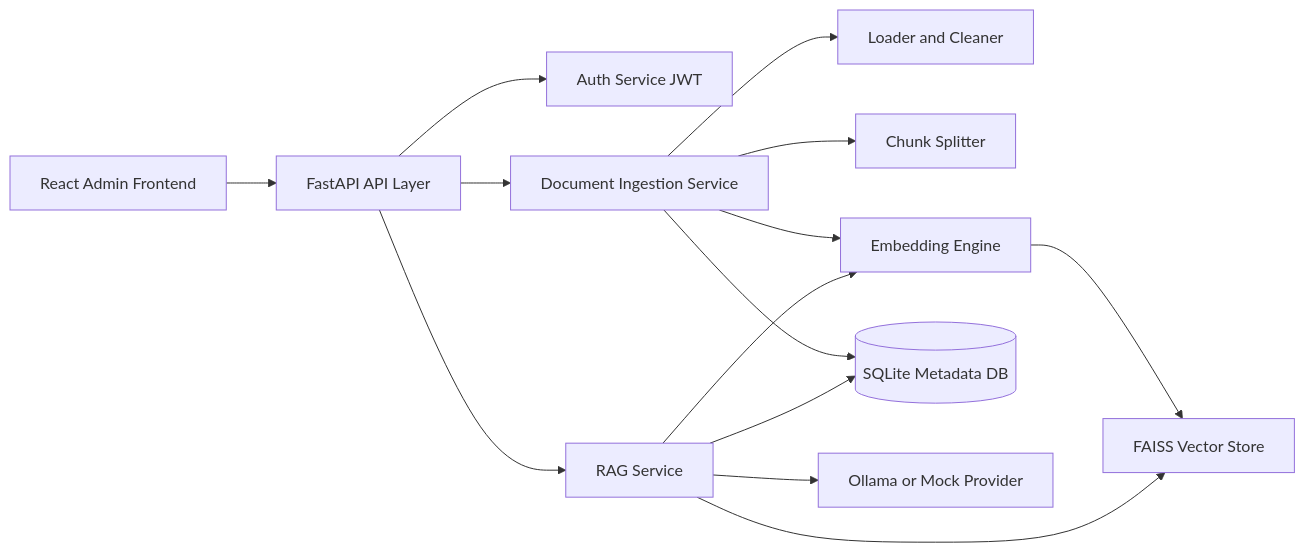
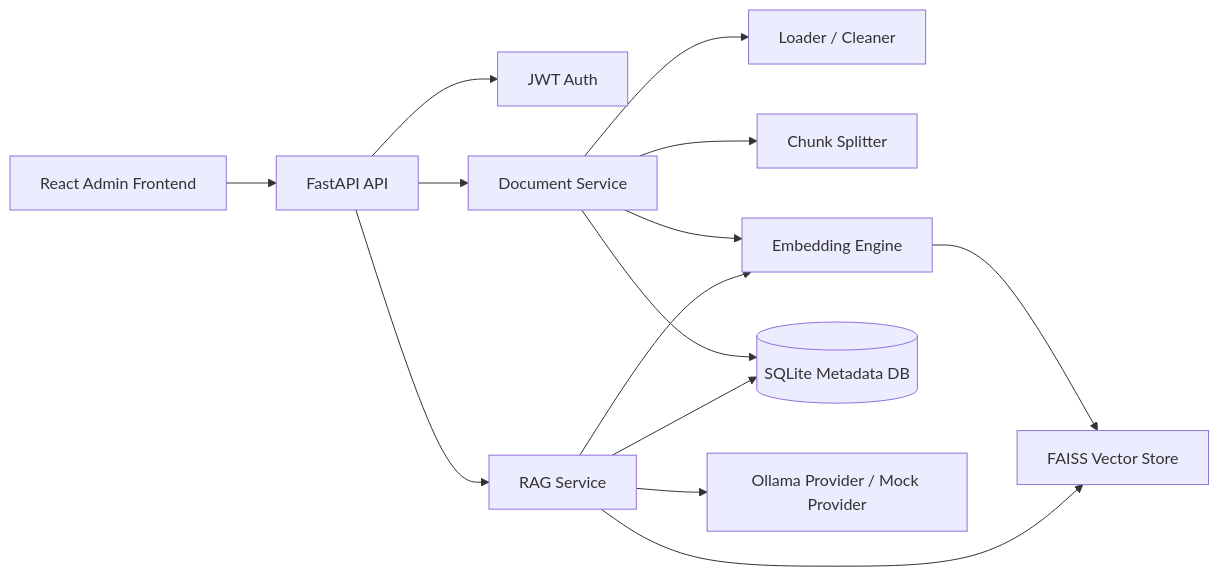
The first of 4 diagrams in README.md (free410/enterprise-rag-copilot), drawn with Mermaid before and after one commit. The commit also changed other lines of this file and 8 other files, not shown here.

Commit message:
docs: refresh readme with screenshots and diagrams

````diff
--- a/README.md
+++ b/README.md
@@ -13,16 +65,16 @@
 ```mermaid
 flowchart LR
-    A[React Admin Frontend] --> B[FastAPI API Layer]
-    B --> C[Auth Service JWT]
-    B --> D[Document Ingestion Service]
+    A[React Admin Frontend] --> B[FastAPI API]
+    B --> C[JWT Auth]
+    B --> D[Document Service]
     B --> E[RAG Service]
-    D --> F[Loader and Cleaner]
+    D --> F[Loader / Cleaner]
     D --> G[Chunk Splitter]
     D --> H[Embedding Engine]
     H --> I[FAISS Vector Store]
     D --> J[(SQLite Metadata DB)]
     E --> H
     E --> I
     E --> J
-    E --> K[Ollama or Mock Provider]
+    E --> K[Ollama Provider / Mock Provider]
 ```
````
